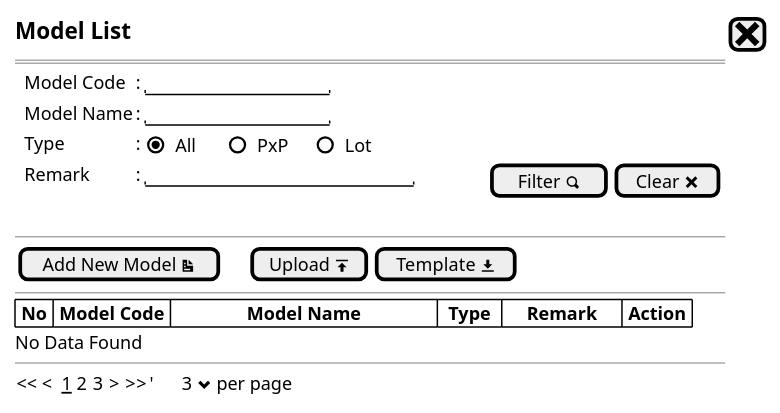
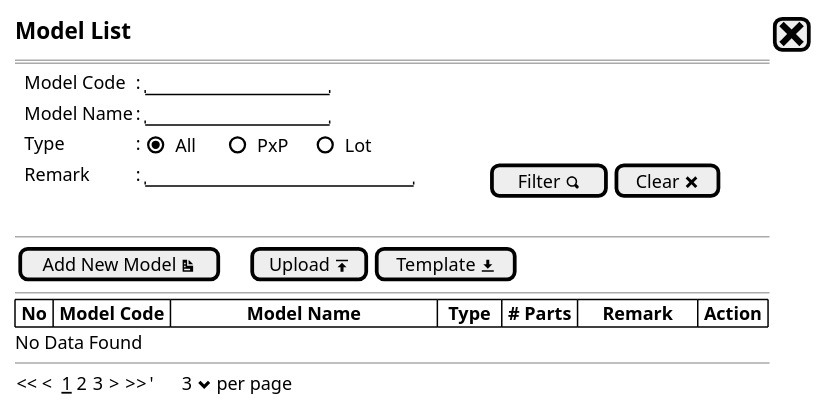
One commit to ari-fikri/packing-cost-mockup changed the diagram in Model/model - newstep0.puml. Above: the diagram before and after it, drawn with PlantUML. The commit also changed 5 other files, not shown here.

Commit message:
- Add # parts in the Model List table - Add more part sample to the model CRUD

```diff
--- a/Model/model - newstep0.puml
+++ b/Model/model - newstep0.puml
@@ -1,27 +1,27 @@
 @startsalt
 {
   <size:15><b>Model List |[<size:25><&x>]|*
   ==
   {
     .|Model Code        |: |"               "|*
     .|Model Name        |: |"               "|*
     .|Type              |: {(X)All      |()PxP     |   ()Lot  }*
     .|Remark            |: |"                      "|              |[Filter <&magnifying-glass>]| [Clear <&x>]|*
   }
   .
   --
   {
   [Add New Model <&document>]|.|.|.|[Upload <&data-transfer-upload>]| [Template <&data-transfer-download>]|* 
   }
   --
   {#
-   | <b>No | <b>Model Code |                <b>Model Name                |  <b>Type  |<b>     Remark     |<b> Action |*|*|*
+   | <b>No | <b>Model Code |                <b>Model Name                |  <b>Type  | <b># Parts |<b>     Remark     |<b> Action |*|*|*
   }
   No Data Found
   --
   {
   << <  __1__ 2 3  > >>  |'      3 <&chevron-bottom> per page |*
   }
 
 }
 @endsalt
```
